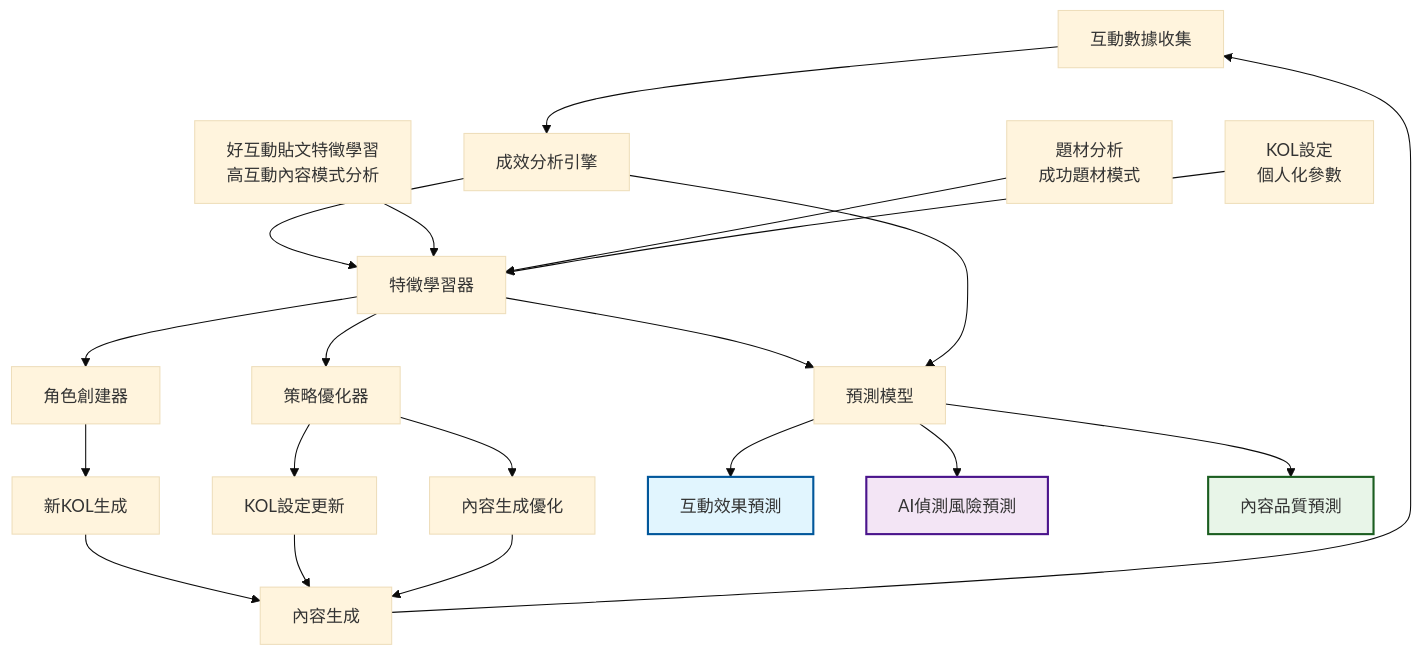
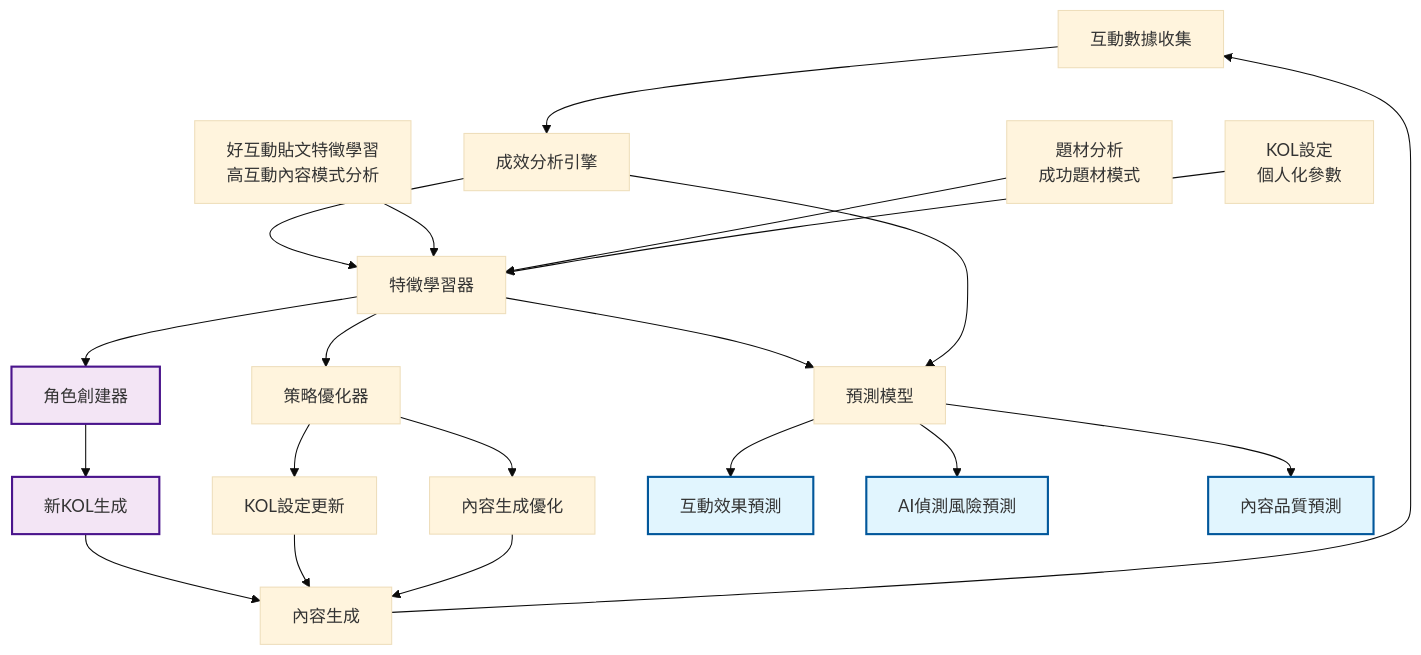
One commit to hihihowru/forum_autoposter changed the diagram in gitbook-docs/4-AI自我學習/4.8-AI自我學習機制完整簡報-wireframe.md. Above: the diagram before and after it, drawn with Mermaid (base theme).

Commit message:
調整顏色配置：三個預測節點用同色，角色創建器和新KOL生成用同色

````diff
--- a/gitbook-docs/4-AI自我學習/4.8-AI自我學習機制完整簡報-wireframe.md
+++ b/gitbook-docs/4-AI自我學習/4.8-AI自我學習機制完整簡報-wireframe.md
@@ -15,36 +15,35 @@
 ```mermaid
 graph TD
     A[互動數據收集] --> B[成效分析引擎]
     B --> C[特徵學習器]
     
     D[好互動貼文特徵學習<br/>高互動內容模式分析] --> C
     F[題材分析<br/>成功題材模式] --> C
     G[KOL設定<br/>個人化參數] --> C
     
     C --> I[角色創建器]
     C --> J[策略優化器]
     
     I --> K[新KOL生成]
     J --> L[KOL設定更新]
     J --> M[內容生成優化]
     
     K --> N[內容生成]
     L --> N
     M --> N
     N --> A
     
     O[預測模型] --> P[互動效果預測]
     O --> Q[AI偵測風險預測]
     O --> R[內容品質預測]
     
     C --> O
     B --> O
     
     classDef roadmap1 fill:#e1f5fe,stroke:#01579b,stroke-width:2px
     classDef roadmap2 fill:#f3e5f5,stroke:#4a148c,stroke-width:2px
     classDef roadmap3 fill:#e8f5e8,stroke:#1b5e20,stroke-width:2px
     
-    class P roadmap1
-    class Q roadmap2
-    class R roadmap3
+    class P,Q,R roadmap1
+    class I,K roadmap2
 ```
````
